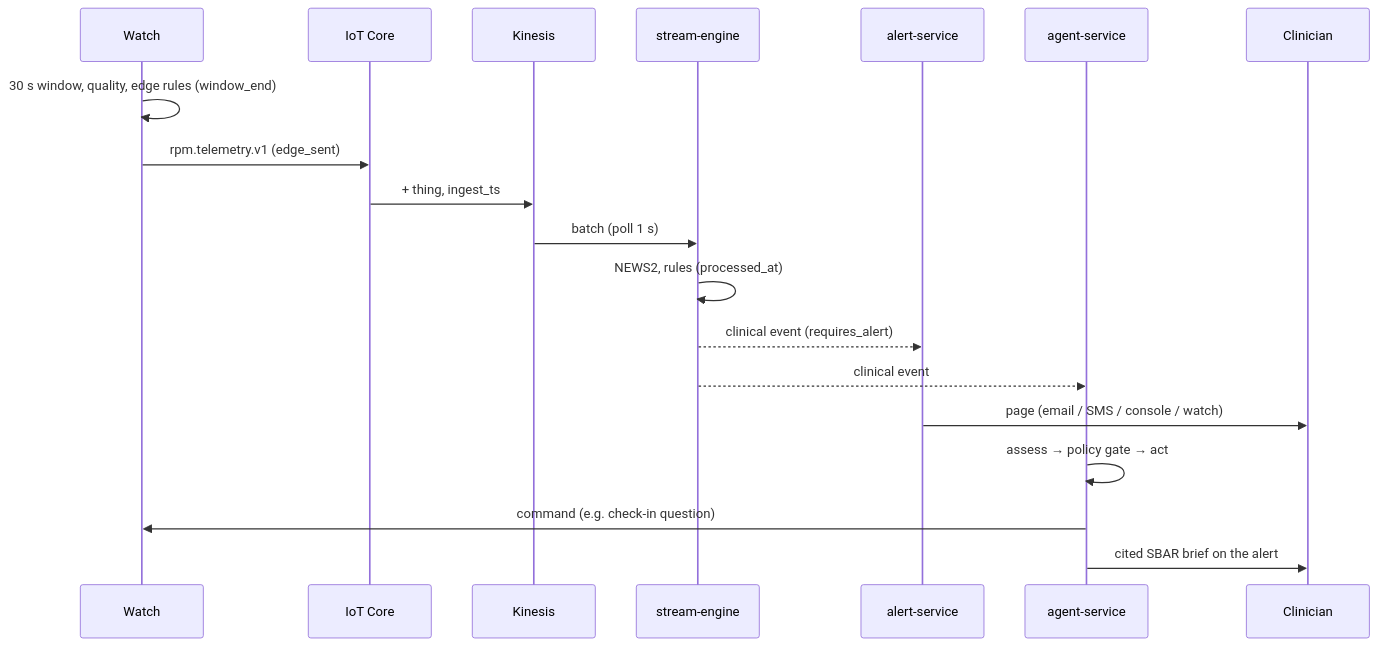
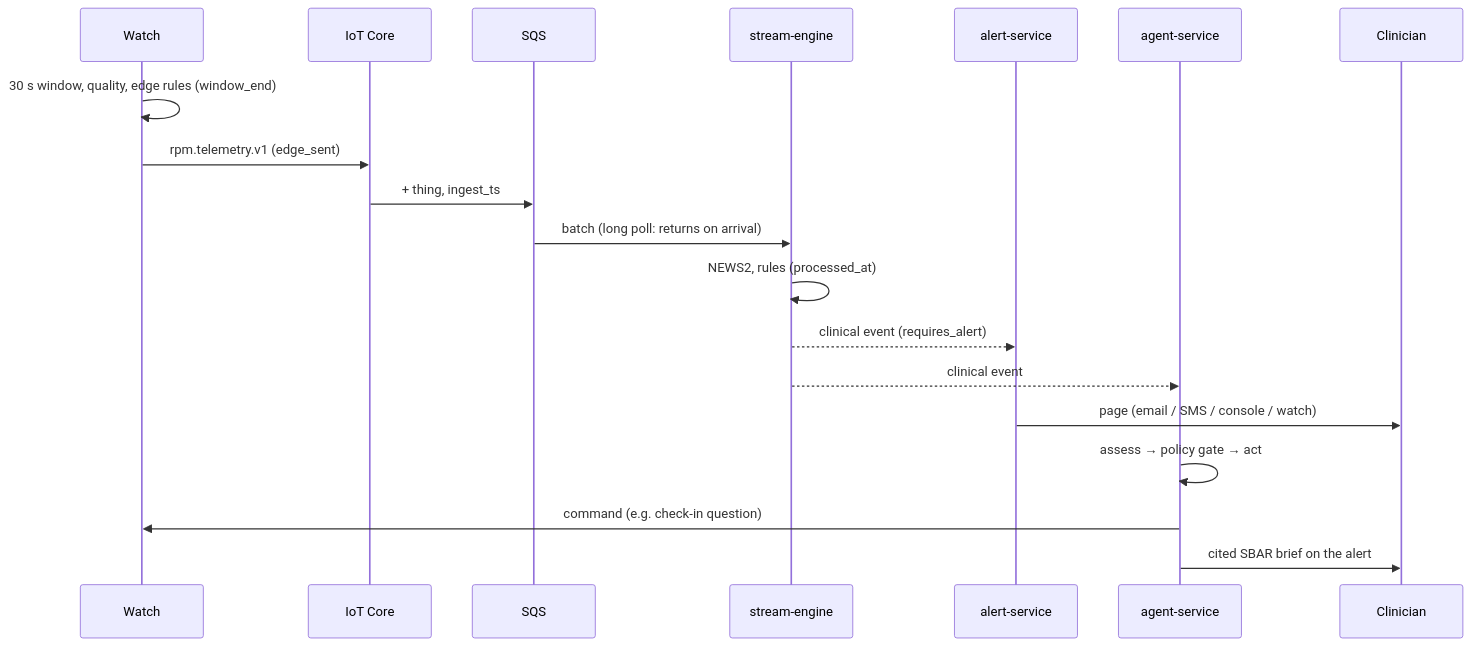
Before and after one commit to ritikpatel/rpm-agent: the second of 2 diagrams in docs/HLD.md, drawn with Mermaid. The commit also changed other lines of this file and 62 other files, not shown here.

First line of the commit message:
Snapshot of the original architecture before the simple-architecture rebuild

````diff
--- a/docs/HLD.md
+++ b/docs/HLD.md
@@ -76,21 +76,21 @@
 ```mermaid
 sequenceDiagram
   participant W as Watch
   participant I as IoT Core
-  participant K as Kinesis
+  participant K as SQS
   participant S as stream-engine
   participant A as alert-service
   participant G as agent-service
   participant C as Clinician
   W->>W: 30 s window, quality, edge rules (window_end)
   W->>I: rpm.telemetry.v1 (edge_sent)
   I->>K: + thing, ingest_ts
-  K->>S: batch (poll 1 s)
+  K->>S: batch (long poll: returns on arrival)
   S->>S: NEWS2, rules (processed_at)
   S-->>A: clinical event (requires_alert)
   S-->>G: clinical event
   A->>C: page (email / SMS / console / watch)
   G->>G: assess → policy gate → act
   G->>W: command (e.g. check-in question)
   G->>C: cited SBAR brief on the alert
 ```
````
